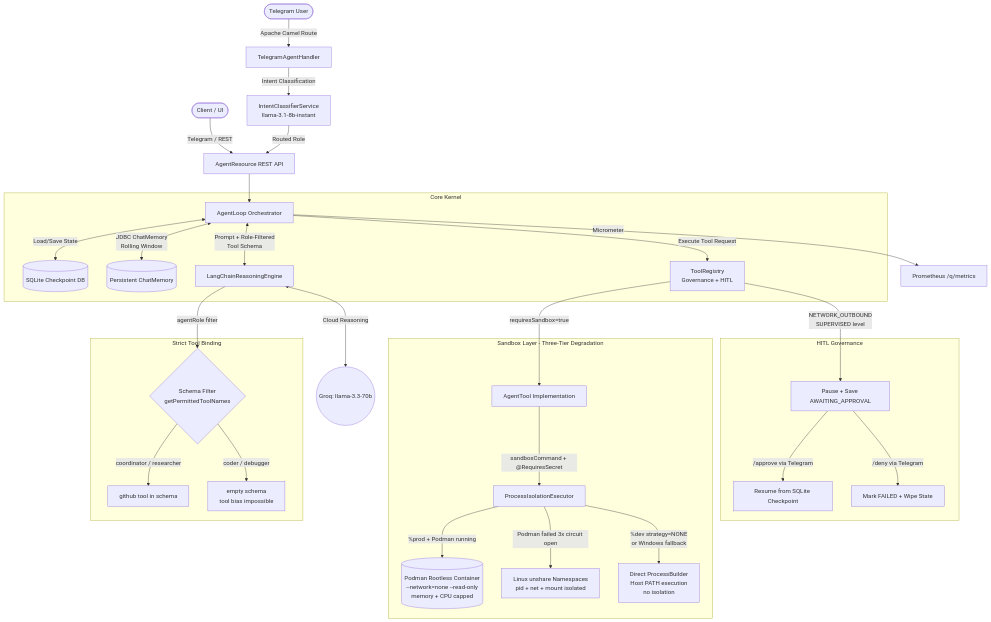
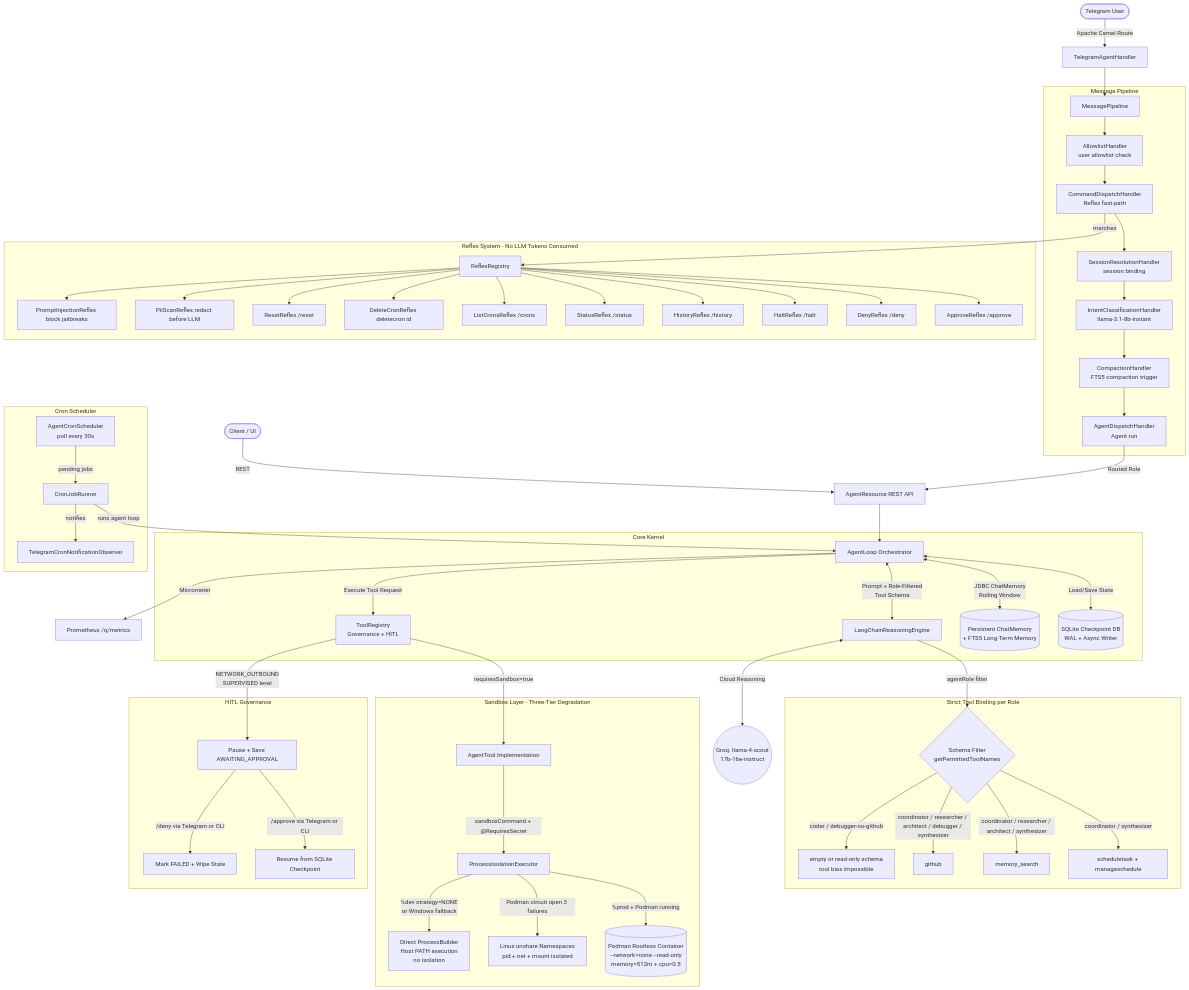
Before and after one commit to rsrini7/AmshaAgent: the first of 5 diagrams in README.md, drawn with Mermaid. The commit also changed other lines of this file and 16 other files, not shown here.

````diff
--- a/README.md
+++ b/README.md
@@ -66,39 +75,71 @@
 ```mermaid
 graph TD
-    Client([Client / UI]) -->|Telegram / REST| REST[AgentResource REST API]
+    Client([Client / UI]) -->|REST| REST[AgentResource REST API]
     Telegram([Telegram User]) -->|Apache Camel Route| TH[TelegramAgentHandler]
-    TH -->|Intent Classification| IC[IntentClassifierService\nllama-3.1-8b-instant]
-    IC -->|Routed Role| REST
+    TH --> Pipeline[MessagePipeline]
+
+    subgraph Message Pipeline
+        Pipeline --> ALH[AllowlistHandler\nuser allowlist check]
+        ALH --> CDH[CommandDispatchHandler\nReflex fast-path]
+        CDH --> SRH[SessionResolutionHandler\nsession binding]
+        SRH --> ICH[IntentClassificationHandler\nllama-3.1-8b-instant]
+        ICH --> CH[CompactionHandler\nFTS5 compaction trigger]
+        CH --> ADH[AgentDispatchHandler\nAgent run]
+    end
+
+    subgraph Reflex System - No LLM Tokens Consumed
+        CDH -->|matches| RR[ReflexRegistry]
+        RR --> ApR[ApproveReflex /approve]
+        RR --> DeR[DenyReflex /deny]
+        RR --> HaR[HaltReflex /halt]
+        RR --> HiR[HistoryReflex /history]
+        RR --> StR[StatusReflex /status]
+        RR --> LC[ListCronsReflex /crons]
+        RR --> DC[DeleteCronReflex deletecron id]
+        RR --> ReR[ResetReflex /reset]
+        RR --> PII[PiiScanReflex redact before LLM]
+        RR --> PIR[PromptInjectionReflex block jailbreaks]
+    end
+
+    ADH -->|Routed Role| REST
     REST --> Loop[AgentLoop Orchestrator]
 
     subgraph Core Kernel
-        Loop <-->|Load/Save State| SQLite[(SQLite Checkpoint DB)]
-        Loop <-->|JDBC ChatMemory\nRolling Window| JDBC[(Persistent ChatMemory)]
+        Loop <-->|Load/Save State| SQLite[(SQLite Checkpoint DB\nWAL + Async Writer)]
+        Loop <-->|JDBC ChatMemory\nRolling Window| JDBC[(Persistent ChatMemory\n+ FTS5 Long-Term Memory)]
         Loop <-->|Prompt + Role-Filtered\nTool Schema| AI[LangChainReasoningEngine]
         Loop -->|Execute Tool Request| ToolReg[ToolRegistry\nGovernance + HITL]
     end
 
-    subgraph Strict Tool Binding
+    subgraph Strict Tool Binding per Role
         AI -->|agentRole filter| Schema{Schema Filter\ngetPermittedToolNames}
-        Schema -->|coordinator / researcher| ToolSpec[github tool in schema]
-        Schema -->|coder / debugger| NoTool[empty schema\ntool bias impossible]
+        Schema -->|coordinator / synthesizer| ST[scheduletask + manageschedule]
+        Schema -->|coordinator / researcher / architect / synthesizer| MS[memory_search]
+        Schema -->|coordinator / researcher / architect / debugger / synthesizer| GT[github]
+        Schema -->|coder / debugger-no-github| NoTool[empty or read-only schema\ntool bias impossible]
     end
 
-    AI <-->|Cloud Reasoning| Groq((Groq: llama-3.3-70b))
+    AI <-->|Cloud Reasoning| Groq((Groq: llama-4-scout\n17b-16e-instruct))
     Loop -->|Micrometer| Prom[Prometheus /q/metrics]
 
     subgraph Sandbox Layer - Three-Tier Degradation
         ToolReg -->|requiresSandbox=true| AgentToolImpl[AgentTool Implementation]
         AgentToolImpl -->|sandboxCommand + @RequiresSecret| PIE[ProcessIsolationExecutor]
 
-        PIE -->|%prod + Podman running| Podman[(Podman Rootless Container\n--network=none --read-only\nmemory + CPU capped)]
-        PIE -->|Podman failed 3x circuit open| NS[Linux unshare Namespaces\npid + net + mount isolated]
+        PIE -->|%prod + Podman running| Podman[(Podman Rootless Container\n--network=none --read-only\nmemory=512m + cpu=0.5)]
+        PIE -->|Podman circuit open 3 failures| NS[Linux unshare Namespaces\npid + net + mount isolated]
         PIE -->|%dev strategy=NONE\nor Windows fallback| Direct[Direct ProcessBuilder\nHost PATH execution\nno isolation]
     end
 
     subgraph HITL Governance
         ToolReg -->|NETWORK_OUTBOUND\nSUPERVISED level| Pause[Pause + Save AWAITING_APPROVAL]
-        Pause -->|/approve via Telegram| Resume[Resume from SQLite Checkpoint]
-        Pause -->|/deny via Telegram| Terminate[Mark FAILED + Wipe State]
+        Pause -->|/approve via Telegram or CLI| Resume[Resume from SQLite Checkpoint]
+        Pause -->|/deny via Telegram or CLI| Terminate[Mark FAILED + Wipe State]
+    end
+
+    subgraph Cron Scheduler
+        AgentCronScheduler[AgentCronScheduler\npoll every 30s] -->|pending jobs| CronJobRunner
+        CronJobRunner -->|runs agent loop| Loop
+        CronJobRunner -->|notifies| TelegramCron[TelegramCronNotificationObserver]
     end
 ```
````
